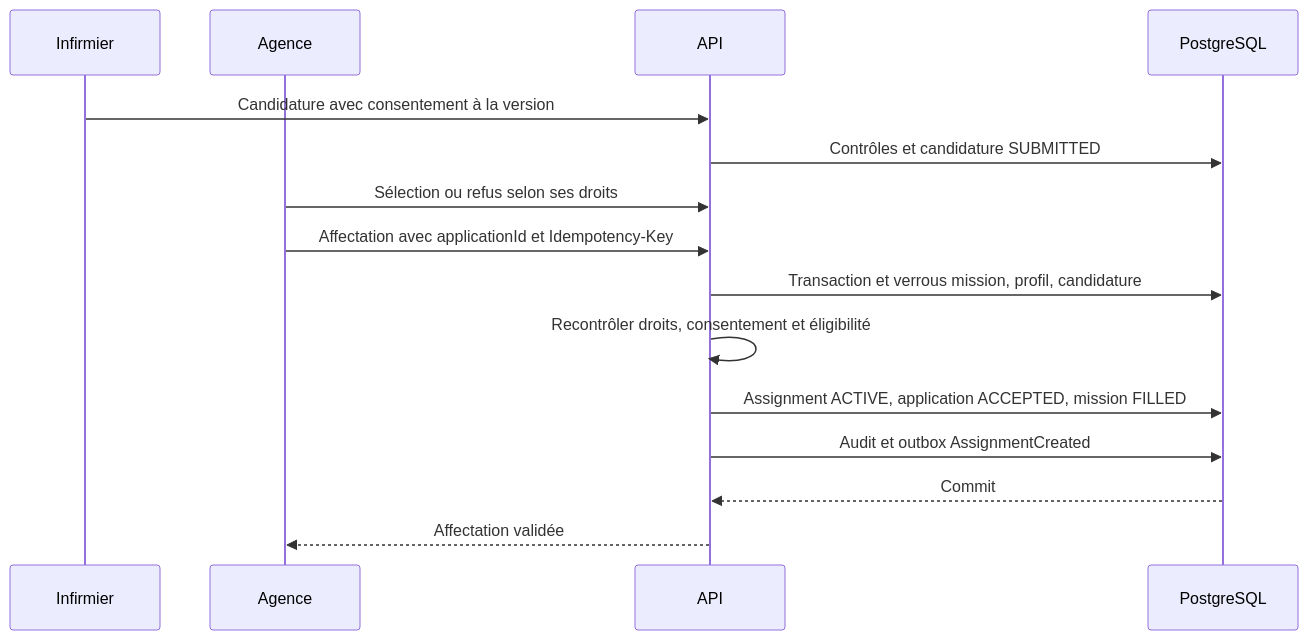
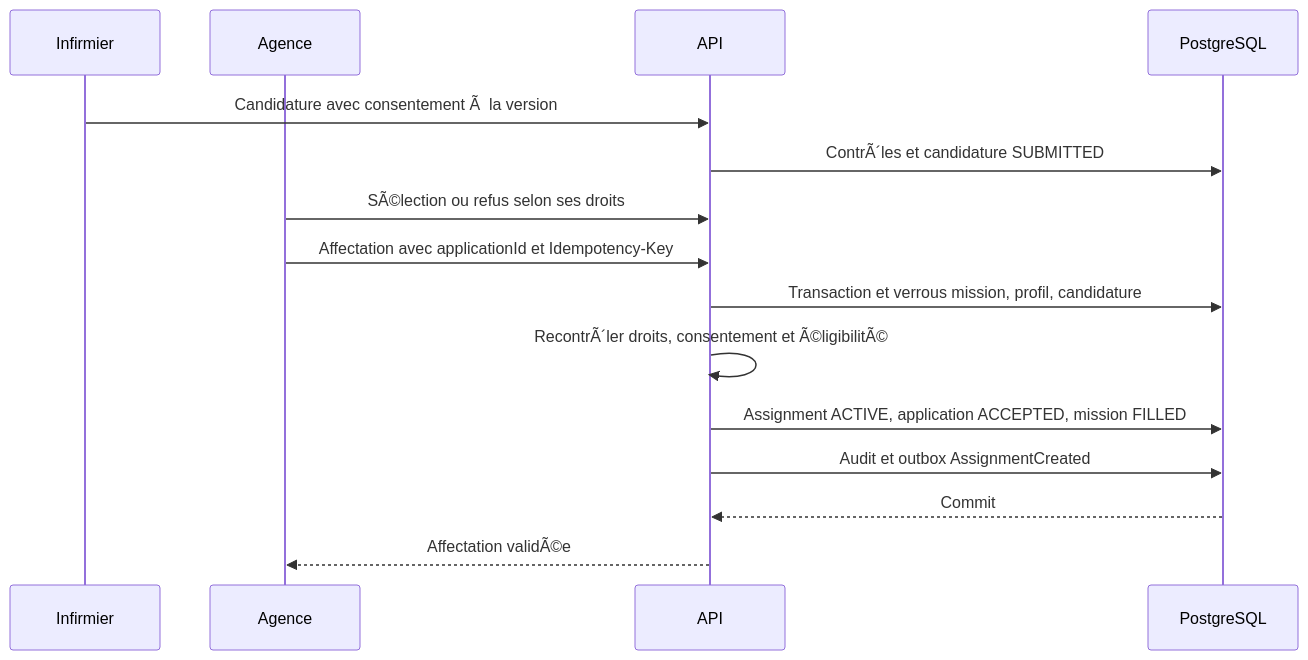
The fourth of 8 diagrams in docs/FLUX_V1.md (lebretyves/Backend_Interimatch), drawn with Mermaid before and after one commit. The commit also changed other lines of this file and 30 other files, not shown here.

````diff
--- a/docs/FLUX_V1.md
+++ b/docs/FLUX_V1.md
@@ -69,17 +69,17 @@
 ```mermaid
 sequenceDiagram
     participant Infirmier
     participant Agence
     participant API
     participant PostgreSQL
-    Infirmier->>API: Candidature avec consentement à la version
-    API->>PostgreSQL: Contrôles et candidature SUBMITTED
-    Agence->>API: Sélection ou refus selon ses droits
+    Infirmier->>API: Candidature avec consentement Ã  la version
+    API->>PostgreSQL: ContrÃ´les et candidature SUBMITTED
+    Agence->>API: SÃ©lection ou refus selon ses droits
     Agence->>API: Affectation avec applicationId et Idempotency-Key
     API->>PostgreSQL: Transaction et verrous mission, profil, candidature
-    API->>API: Recontrôler droits, consentement et éligibilité
+    API->>API: RecontrÃ´ler droits, consentement et Ã©ligibilitÃ©
     API->>PostgreSQL: Assignment ACTIVE, application ACCEPTED, mission FILLED
     API->>PostgreSQL: Audit et outbox AssignmentCreated
     PostgreSQL-->>API: Commit
-    API-->>Agence: Affectation validée
+    API-->>Agence: Affectation validÃ©e
 ```
````
